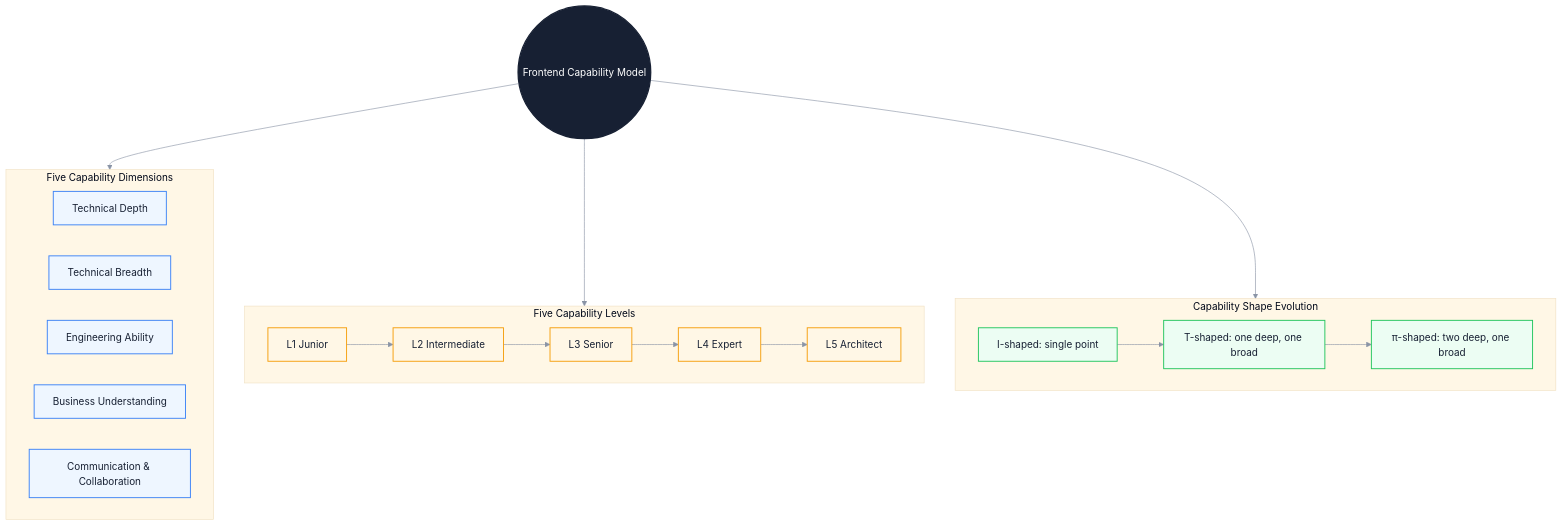
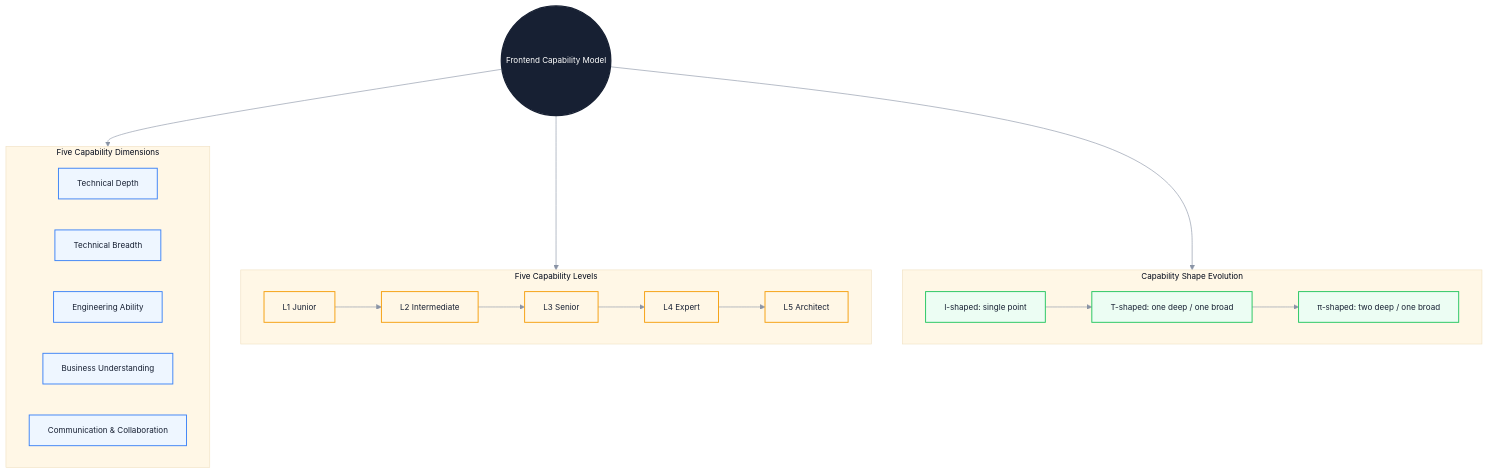
One commit to Fatejian/frontier-vault changed the first of 3 diagrams in docs/en/career/capability-model.md. Above: the diagram before and after it, drawn with Mermaid. The commit also changed other lines of this file and 37 other files, not shown here.

````diff
--- a/docs/en/career/capability-model.md
+++ b/docs/en/career/capability-model.md
@@ -59,46 +59,46 @@
 ```mermaid
-%%{init: {'theme': 'base', 'themeVariables': { 'fontFamily': 'Inter, PingFang SC, Microsoft YaHei, sans-serif', 'primaryColor': '#EEF6FF', 'primaryTextColor': '#172033', 'primaryBorderColor': '#6EA8FE', 'lineColor': '#8A94A6', 'secondaryColor': '#F7F9FC', 'tertiaryColor': '#FFF7E6'}}}%%
+%%{init: {'theme': 'base', 'themeVariables': { 'fontFamily': 'Inter, PingFang SC, Microsoft YaHei, sans-serif', 'primaryColor': '#EEF6FF', 'primaryTextColor': '#172033', 'primaryBorderColor': '#6EA8FE', 'lineColor': '#8A94A6', 'secondaryColor': '#F7F9FC', 'tertiaryColor': '#FFF7E6', 'fontSize': '13px'}}}%%
 flowchart TB
     Core(("Frontend Capability Model"))
 
     subgraph Dimensions["Five Capability Dimensions"]
         direction LR
         D1["Technical Depth"]
         D2["Technical Breadth"]
         D3["Engineering Ability"]
         D4["Business Understanding"]
         D5["Communication & Collaboration"]
     end
 
     subgraph Levels["Five Capability Levels"]
         direction LR
         L1["L1 Junior"]
         L2["L2 Intermediate"]
         L3["L3 Senior"]
         L4["L4 Expert"]
         L5["L5 Architect"]
         L1 --> L2 --> L3 --> L4 --> L5
     end
 
     subgraph Shape["Capability Shape Evolution"]
         direction LR
         S1["I-shaped: single point"]
-        S2["T-shaped: one deep, one broad"]
-        S3["π-shaped: two deep, one broad"]
+        S2["T-shaped: one deep / one broad"]
+        S3["π-shaped: two deep / one broad"]
         S1 --> S2 --> S3
     end
 
     Core --> Dimensions
     Core --> Levels
     Core --> Shape
 
     classDef core fill:#172033,color:#fff,stroke:#172033,stroke-width:2px;
     classDef dim fill:#EEF6FF,stroke:#3B82F6,color:#172033,stroke-width:1.5px;
     classDef level fill:#FFF7E6,stroke:#F59E0B,color:#172033,stroke-width:1.5px;
     classDef shape fill:#ECFDF3,stroke:#22C55E,color:#172033,stroke-width:1.5px;
 
     class Core core;
     class D1,D2,D3,D4,D5 dim;
     class L1,L2,L3,L4,L5 level;
     class S1,S2,S3 shape;
 ```
````
